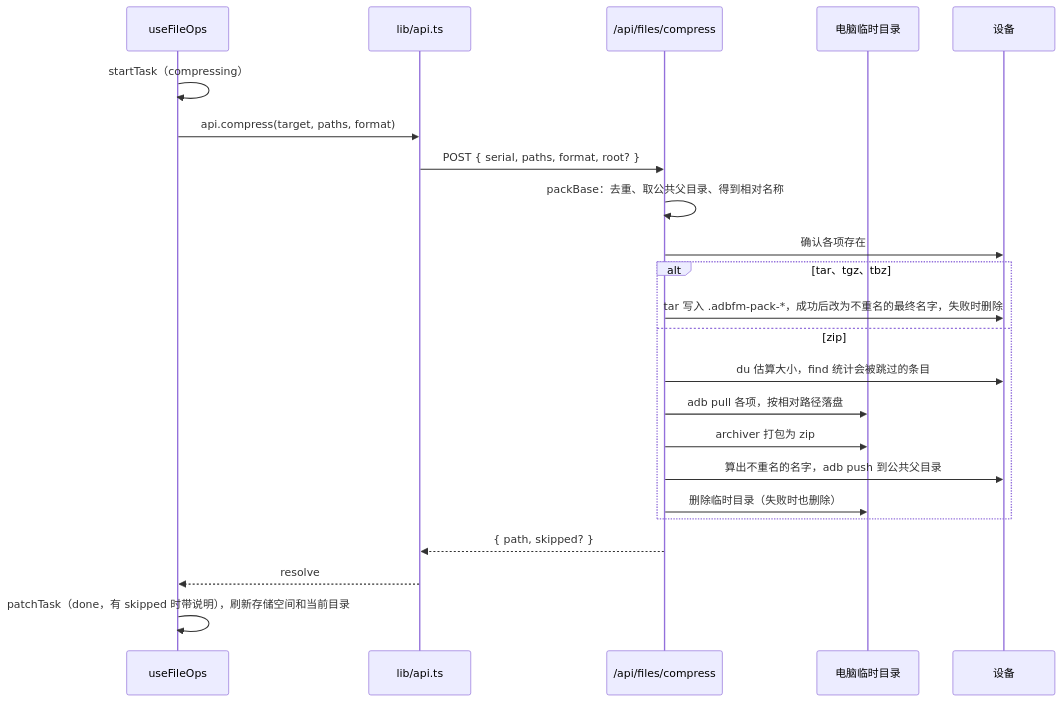
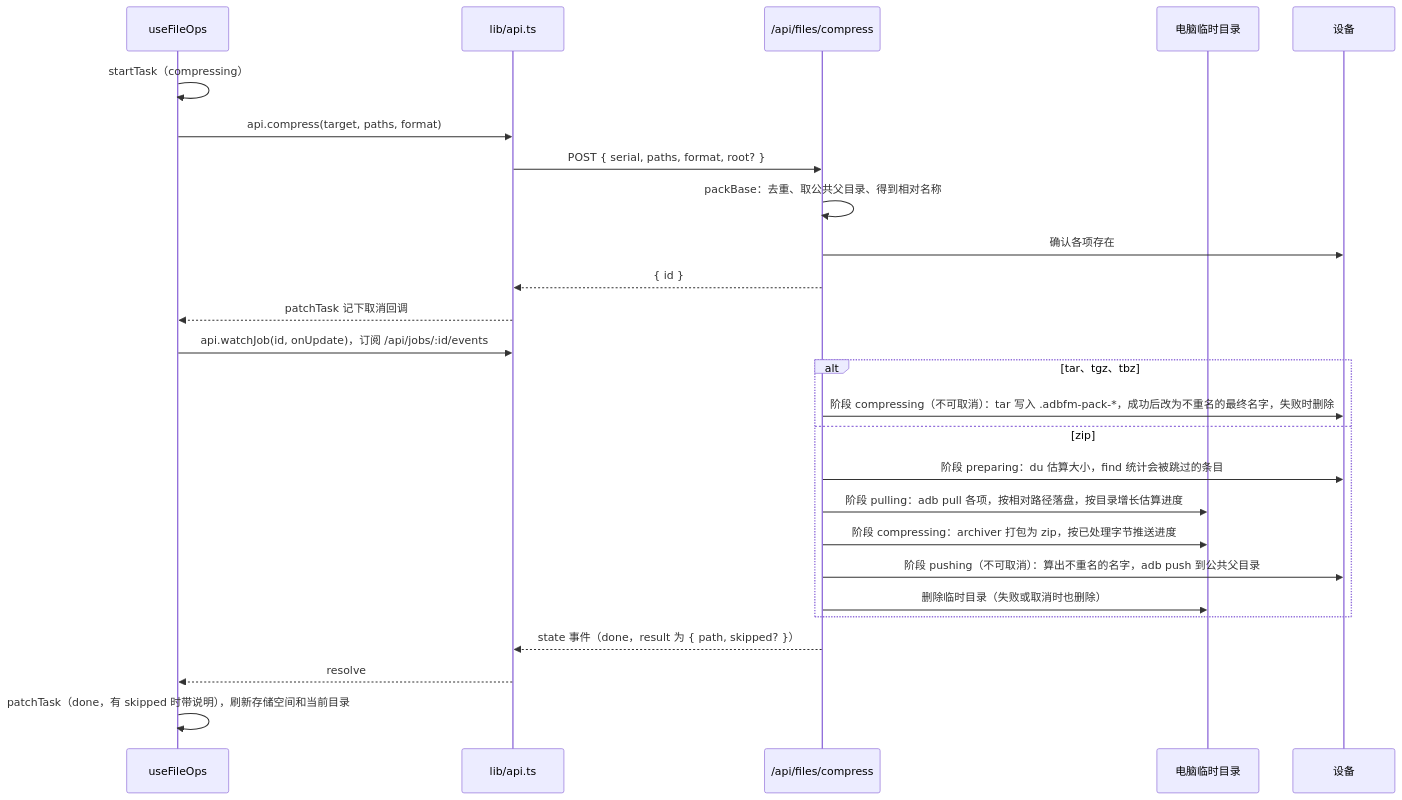
One commit to wynnyu/adb-file-manager changed diagram 12 of 13 in docs/architecture.md. Above: the diagram before and after it, drawn with Mermaid. The commit also changed other lines of this file and 6 other files, not shown here.

````diff
--- a/docs/architecture.md
+++ b/docs/architecture.md
@@ -497,25 +526,28 @@
 ```mermaid
 sequenceDiagram
   participant F as useFileOps
   participant A as lib/api.ts
   participant S as /api/files/compress
   participant T as 电脑临时目录
   participant P as 设备
   F->>F: startTask（compressing）
   F->>A: api.compress(target, paths, format)
   A->>S: POST { serial, paths, format, root? }
   S->>S: packBase：去重、取公共父目录、得到相对名称
   S->>P: 确认各项存在
+  S-->>A: { id }
+  A-->>F: patchTask 记下取消回调
+  F->>A: api.watchJob(id, onUpdate)，订阅 /api/jobs/:id/events
   alt tar、tgz、tbz
-    S->>P: tar 写入 .adbfm-pack-*，成功后改为不重名的最终名字，失败时删除
+    S->>P: 阶段 compressing（不可取消）：tar 写入 .adbfm-pack-*，成功后改为不重名的最终名字，失败时删除
   else zip
-    S->>P: du 估算大小，find 统计会被跳过的条目
-    S->>T: adb pull 各项，按相对路径落盘
-    S->>T: archiver 打包为 zip
-    S->>P: 算出不重名的名字，adb push 到公共父目录
-    S->>T: 删除临时目录（失败时也删除）
+    S->>P: 阶段 preparing：du 估算大小，find 统计会被跳过的条目
+    S->>T: 阶段 pulling：adb pull 各项，按相对路径落盘，按目录增长估算进度
+    S->>T: 阶段 compressing：archiver 打包为 zip，按已处理字节推送进度
+    S->>P: 阶段 pushing（不可取消）：算出不重名的名字，adb push 到公共父目录
+    S->>T: 删除临时目录（失败或取消时也删除）
   end
-  S-->>A: { path, skipped? }
+  S-->>A: state 事件（done，result 为 { path, skipped? }）
   A-->>F: resolve
   F->>F: patchTask（done，有 skipped 时带说明），刷新存储空间和当前目录
 ```
````
